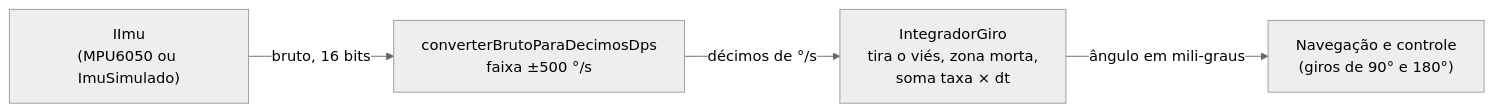
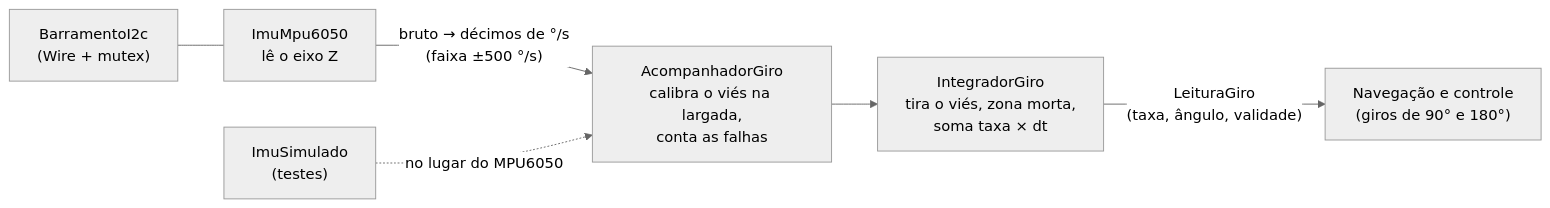
One commit to claudiohsc/2026_2_PI1_Grupo01_Hilmer-1 changed the ninth of 11 diagrams in docs/04-projeto-conceitual/firmware.md. Above: the diagram before and after it, drawn with Mermaid (neutral theme). The commit also changed other lines of this file and 1 other file, not shown here.

First line of the commit message:
docs(firmware): atualiza a IMU com o driver, a tarefa e o barramento compartilhado (#378)

````diff
--- a/docs/04-projeto-conceitual/firmware.md
+++ b/docs/04-projeto-conceitual/firmware.md
@@ -779,6 +779,8 @@
 ```mermaid
 flowchart LR
-    imu["IImu<br/>(MPU6050 ou ImuSimulado)"] -->|"bruto, 16 bits"| conv["converterBrutoParaDecimosDps<br/>faixa ±500 °/s"]
-    conv -->|"décimos de °/s"| integ["IntegradorGiro<br/>tira o viés, zona morta,<br/>soma taxa × dt"]
-    integ -->|"ângulo em mili-graus"| nav["Navegação e controle<br/>(giros de 90° e 180°)"]
+    bus["BarramentoI2c<br/>(Wire + mutex)"] --- mpu["ImuMpu6050<br/>lê o eixo Z"]
+    mpu -->|"bruto → décimos de °/s<br/>(faixa ±500 °/s)"| acomp["AcompanhadorGiro<br/>calibra o viés na largada,<br/>conta as falhas"]
+    acomp --> integ["IntegradorGiro<br/>tira o viés, zona morta,<br/>soma taxa × dt"]
+    integ -->|"LeituraGiro<br/>(taxa, ângulo, validade)"| nav["Navegação e controle<br/>(giros de 90° e 180°)"]
+    sim["ImuSimulado<br/>(testes)"] -.->|"no lugar do MPU6050"| acomp
 ```
````
